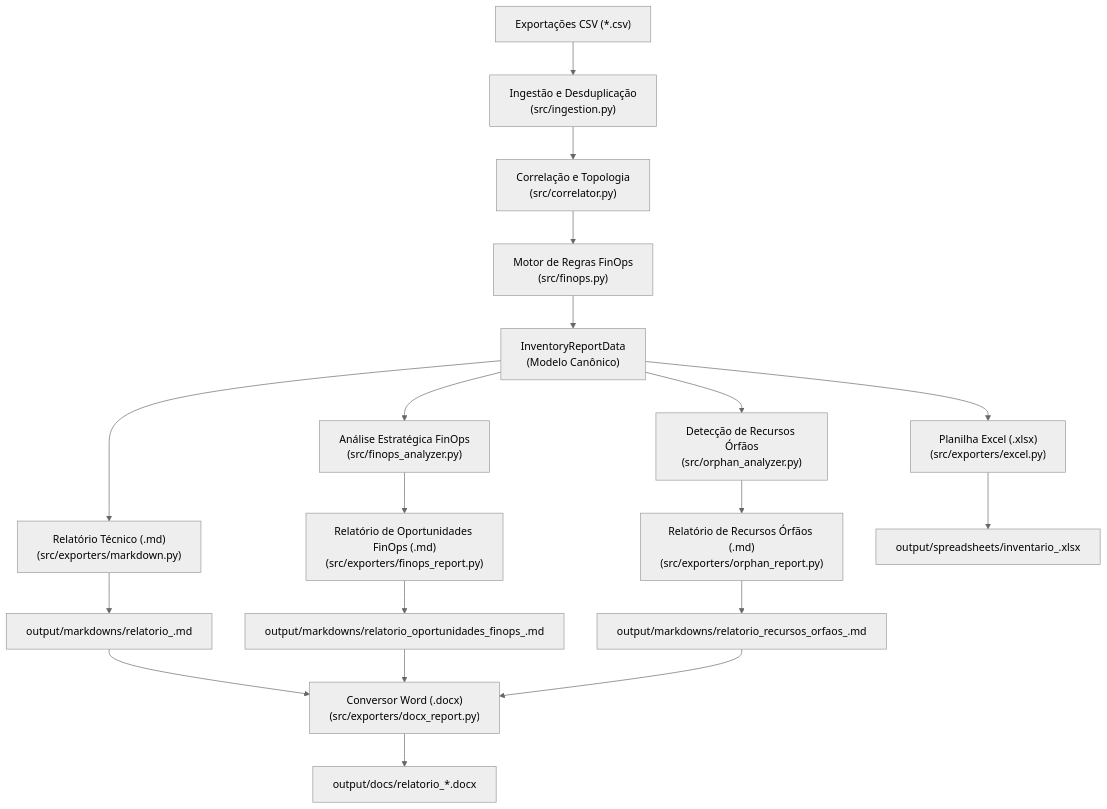
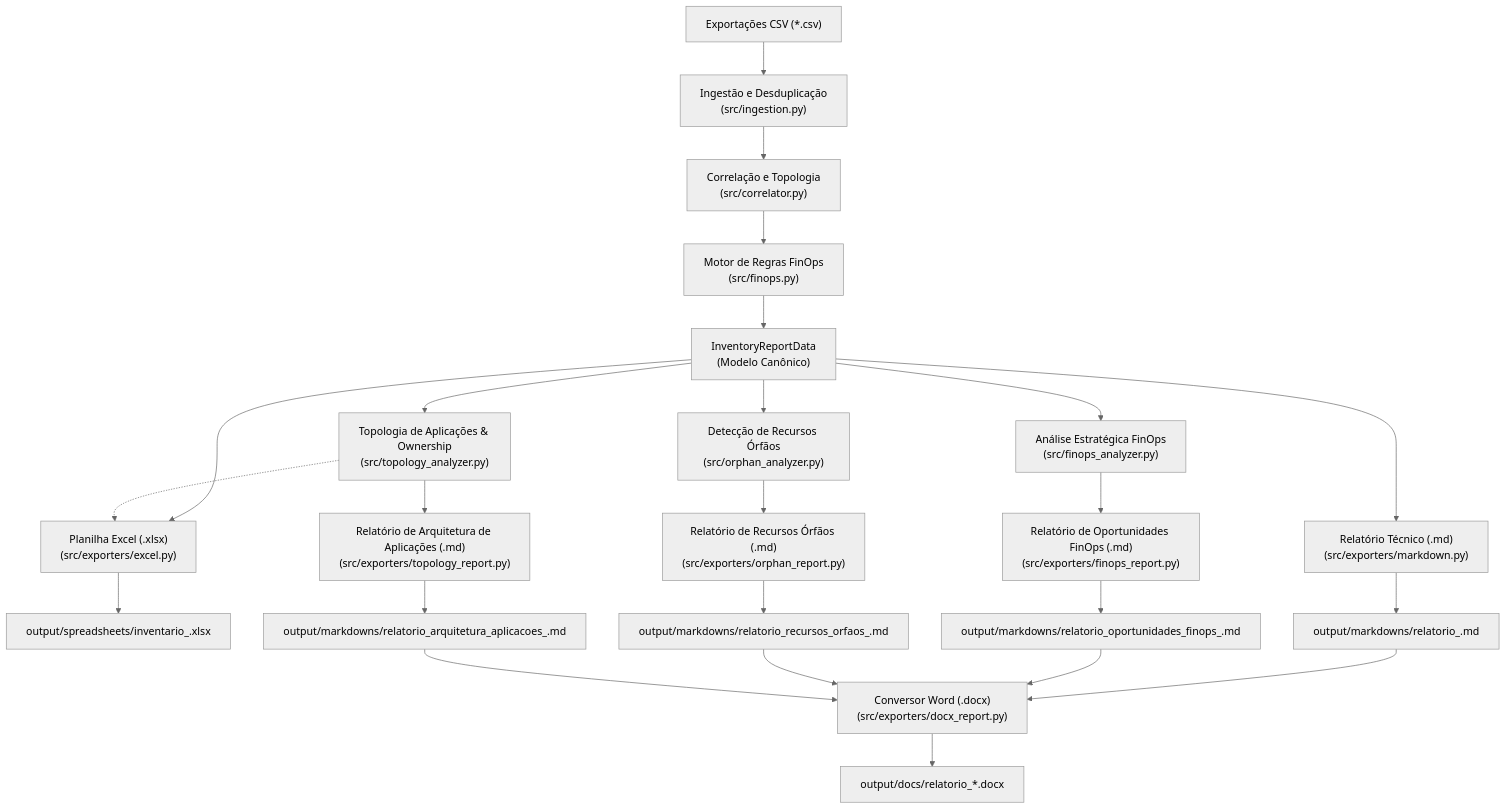
One commit to Andropovbr/aws-resources-mapping changed the first of 3 diagrams in README.md. Above: the diagram before and after it, drawn with Mermaid (neutral theme). The commit also changed other lines of this file, not shown here.

Commit message:
docs: document application topology, ownership mapping and mermaid diagrams in README

````diff
--- a/README.md
+++ b/README.md
@@ -97,25 +98,30 @@
 ```mermaid
 flowchart TD
     A["Exportações CSV (*.csv)"] --> B["Ingestão e Desduplicação<br/>(src/ingestion.py)"]
     B --> C["Correlação e Topologia<br/>(src/correlator.py)"]
     C --> D["Motor de Regras FinOps<br/>(src/finops.py)"]
     D --> E["InventoryReportData<br/>(Modelo Canônico)"]
     
     E --> F["Planilha Excel (.xlsx)<br/>(src/exporters/excel.py)"]
     E --> G["Relatório Técnico (.md)<br/>(src/exporters/markdown.py)"]
     E --> H["Análise Estratégica FinOps<br/>(src/finops_analyzer.py)"]
     E --> M["Detecção de Recursos Órfãos<br/>(src/orphan_analyzer.py)"]
+    E --> R["Topologia de Aplicações & Ownership<br/>(src/topology_analyzer.py)"]
     
     H --> I["Relatório de Oportunidades FinOps (.md)<br/>(src/exporters/finops_report.py)"]
     M --> N["Relatório de Recursos Órfãos (.md)<br/>(src/exporters/orphan_report.py)"]
+    R --> S["Relatório de Arquitetura de Aplicações (.md)<br/>(src/exporters/topology_report.py)"]
+    R -.-> F
 
     F --> J["output/spreadsheets/inventario_<conta>.xlsx"]
     G --> K["output/markdowns/relatorio_<conta>.md"]
     I --> L["output/markdowns/relatorio_oportunidades_finops_<conta>.md"]
     N --> O["output/markdowns/relatorio_recursos_orfaos_<conta>.md"]
+    S --> T["output/markdowns/relatorio_arquitetura_aplicacoes_<conta>.md"]
 
     K --> P["Conversor Word (.docx)<br/>(src/exporters/docx_report.py)"]
     L --> P
     O --> P
+    T --> P
     P --> Q["output/docs/relatorio_*.docx"]
 ```
````
